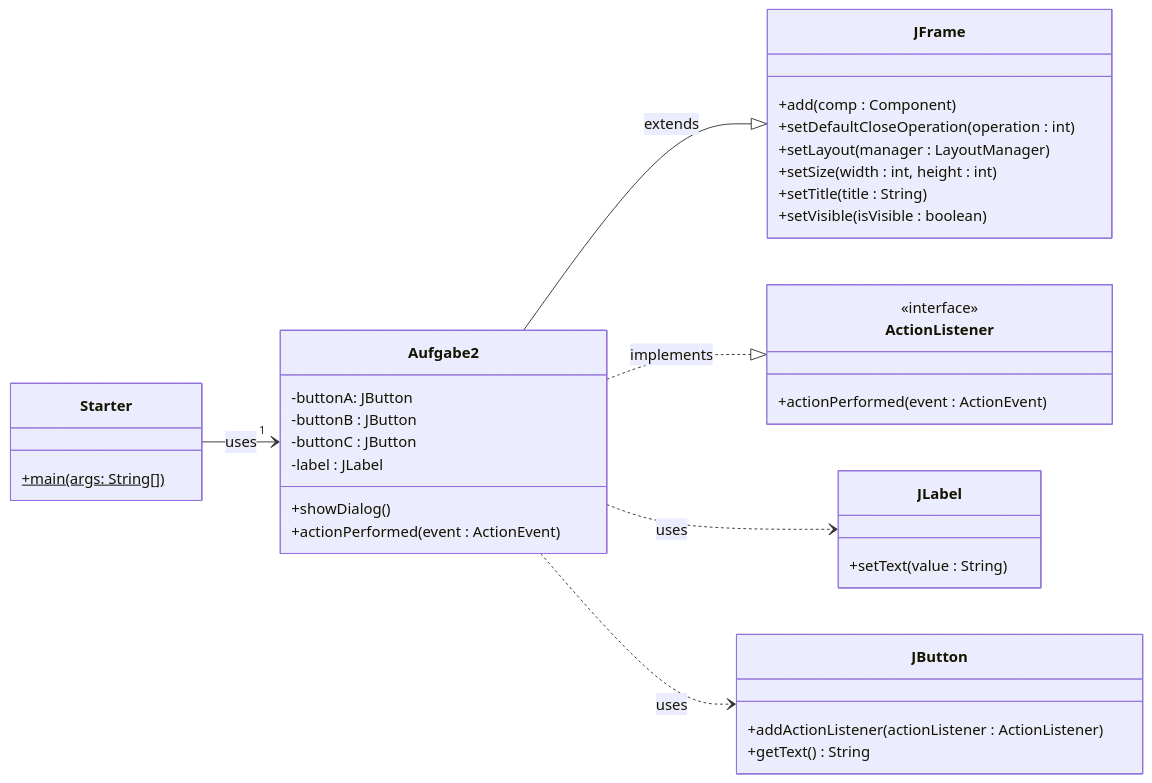
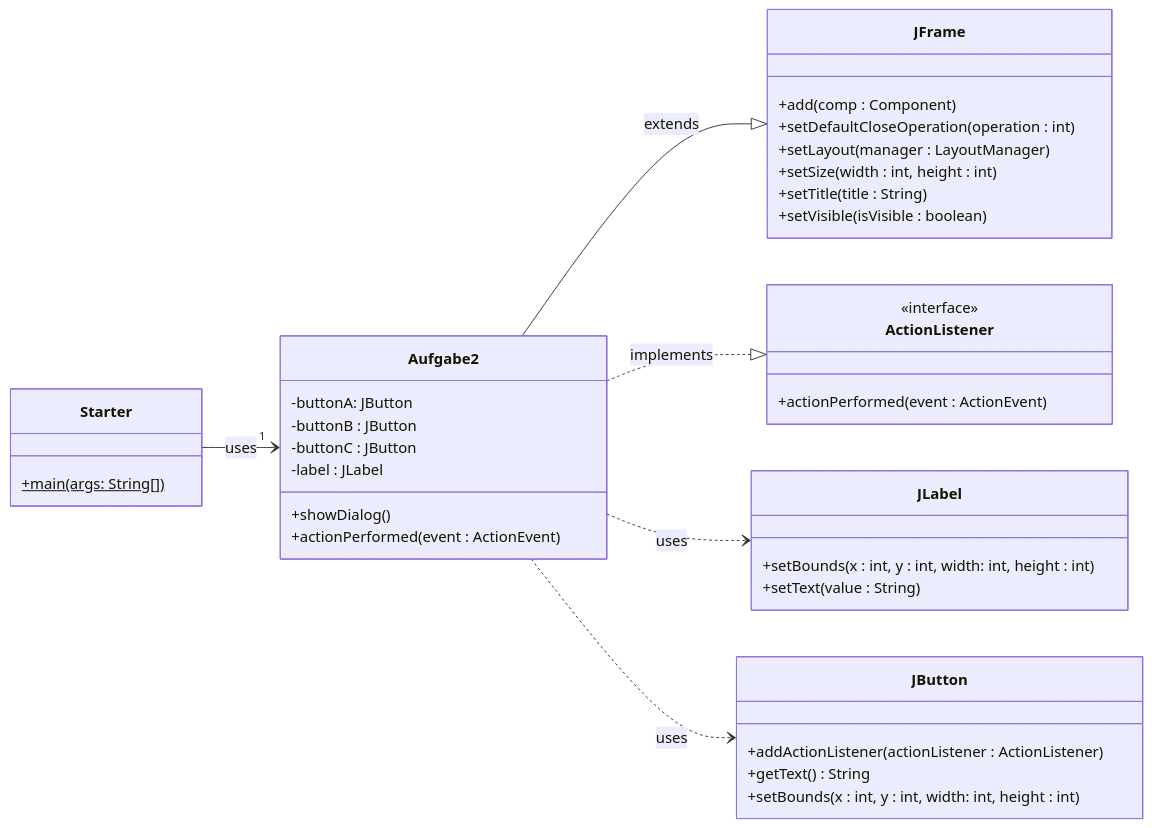
The second of 2 diagrams in docs/aufgaben-swing/buttons-aktivieren.md (codingluke/bbzbl-modul-404), drawn with Mermaid before and after one commit. The commit also changed other lines of this file and 3 other files, not shown here.

Commit message:
Mehr UML

````diff
--- a/docs/aufgaben-swing/buttons-aktivieren.md
+++ b/docs/aufgaben-swing/buttons-aktivieren.md
@@ -121,40 +121,42 @@
 ```mermaid
 classDiagram
   direction LR
-  class JFrame {
+  class JFrame:::javaBuiltIn {
     +add(comp : Component)
     +setDefaultCloseOperation(operation : int)
     +setLayout(manager : LayoutManager)
     +setSize(width : int, height : int)
     +setTitle(title : String)
     +setVisible(isVisible : boolean)
   }
-  class ActionListener {
+  class ActionListener:::javaBuiltIn {
     +actionPerformed(event : ActionEvent)
   }
   <<interface>> ActionListener
   class Starter {
     +main(args: String[])$
   }
   class Aufgabe2 {
     -buttonA: JButton
     -buttonB : JButton
     -buttonC : JButton
     -label : JLabel
     +showDialog()
     +actionPerformed(event : ActionEvent)
   }
-  class JLabel {
+  class JLabel:::javaBuiltIn {
+    +setBounds(x : int, y : int, width: int, height : int)
     +setText(value : String)
   }
-  class JButton {
+  class JButton:::javaBuiltIn {
     +addActionListener(actionListener : ActionListener)
     +getText() String
+    +setBounds(x : int, y : int, width: int, height : int)
   }
 
   Starter --> "1" Aufgabe2 : uses
   Aufgabe2 --|> JFrame : extends
   Aufgabe2 ..|> ActionListener : implements
   Aufgabe2 ..> JLabel: uses
   Aufgabe2 ..> JButton: uses
 ```
````
